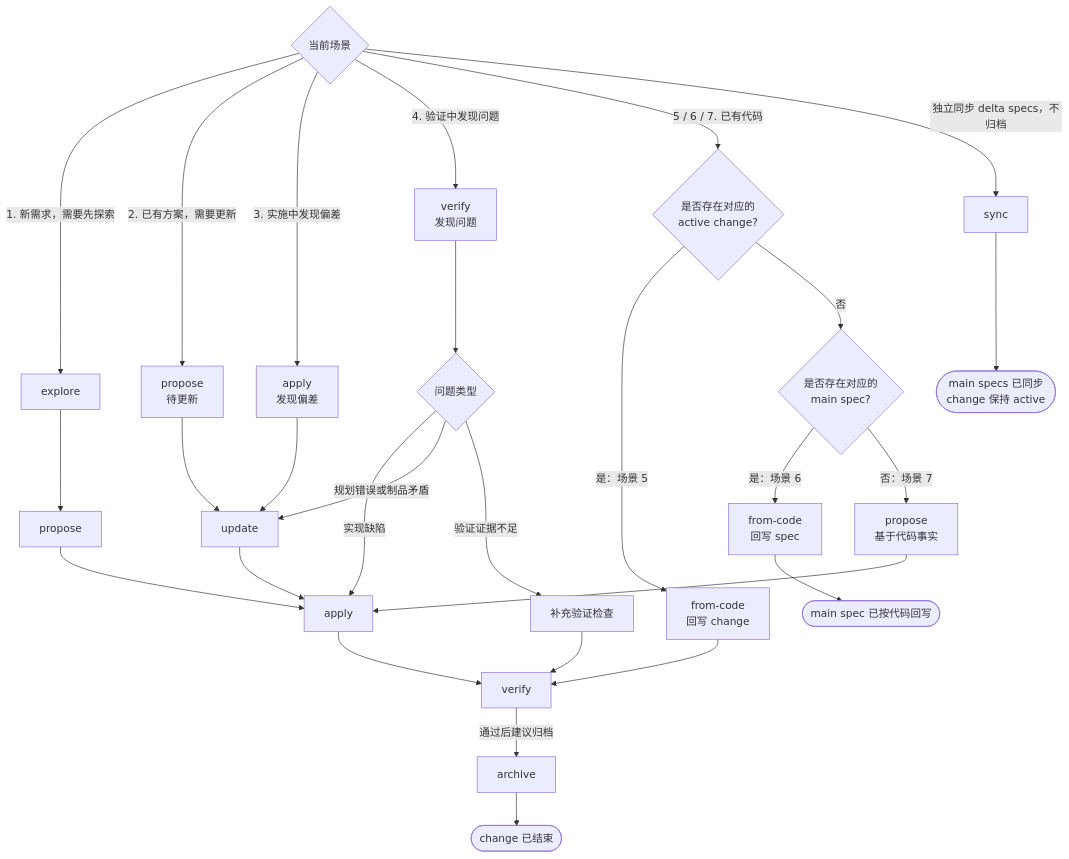
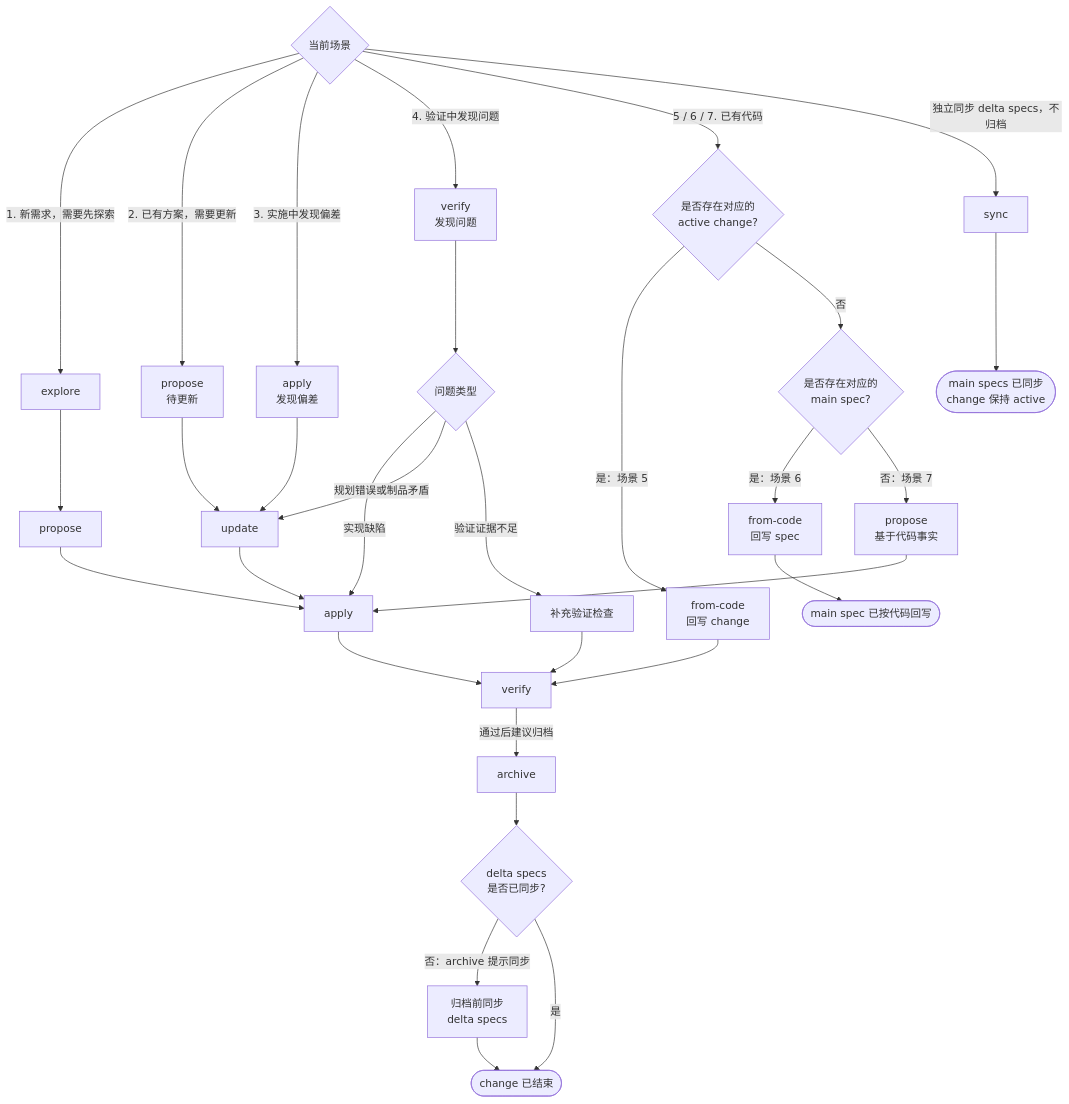
Before and after one commit to youpinyao/ai-tools: the first of 2 diagrams in docs/ai-sdd-workflow.md, drawn with Mermaid. The commit also changed other lines of this file, not shown here.

````diff
--- a/docs/ai-sdd-workflow.md
+++ b/docs/ai-sdd-workflow.md
@@ -16,37 +17,40 @@
 ```mermaid
 flowchart TD
     Start{当前场景}
 
     Start -->|1. 新需求，需要先探索| Explore[explore]
     Explore --> Propose[propose]
 
     Start -->|2. 已有方案，需要更新| ProposeUpdate[propose<br/>待更新]
     ProposeUpdate --> Update[update]
 
     Start -->|3. 实施中发现偏差| ApplyDrift[apply<br/>发现偏差]
     ApplyDrift --> Update
 
     Start -->|4. 验证中发现问题| VerifyFailed[verify<br/>发现问题]
     VerifyFailed --> ProblemType{问题类型}
     ProblemType -->|实现缺陷| Apply
     ProblemType -->|规划错误或制品矛盾| Update
     ProblemType -->|验证证据不足| AddEvidence[补充验证检查]
     AddEvidence --> Verify
 
     Start -->|5 / 6 / 7. 已有代码| ActiveChange{是否存在对应的<br/>active change?}
     ActiveChange -->|是：场景 5| FromCode[from-code<br/>回写 change]
     FromCode --> Verify
     ActiveChange -->|否| HasSpec{是否存在对应的<br/>main spec?}
     HasSpec -->|是：场景 6| FromCodeSpec[from-code<br/>回写 spec]
     HasSpec -->|否：场景 7| ProposeFromCode[propose<br/>基于代码事实]
     FromCodeSpec --> SpecDone([main spec 已按代码回写])
     Start -->|独立同步 delta specs，不归档| Sync[sync]
     Sync --> Synced([main specs 已同步<br/>change 保持 active])
 
     Propose --> Apply[apply]
     ProposeFromCode --> Apply
     Update --> Apply
     Apply --> Verify[verify]
     Verify -->|通过后建议归档| Archive[archive]
-    Archive --> Done([change 已结束])
+    Archive --> SyncCheck{delta specs<br/>是否已同步?}
+    SyncCheck -->|否：archive 提示同步| ArchiveSync[归档前同步<br/>delta specs]
+    SyncCheck -->|是| Done([change 已结束])
+    ArchiveSync --> Done
 ```
````
